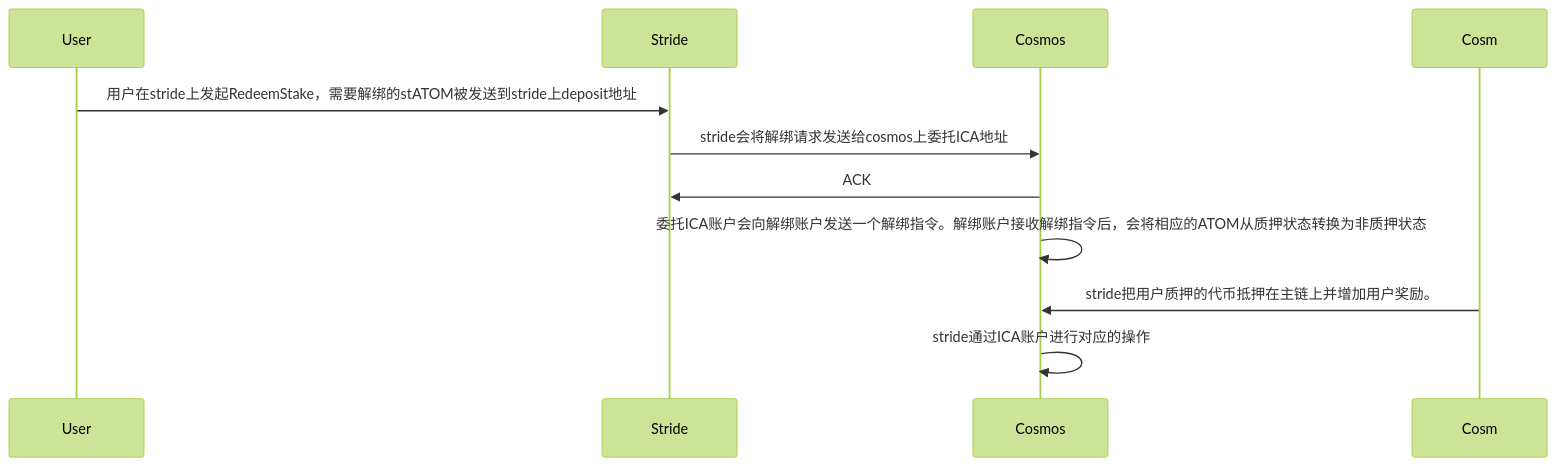
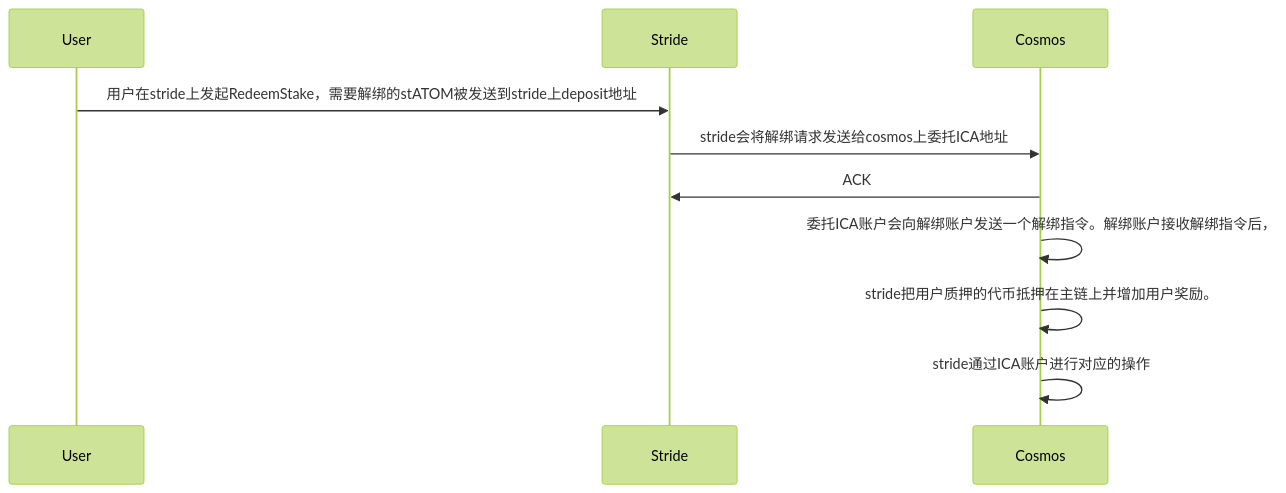
The diagram in all/unbonding.md (yingjianzh/iodraw-files), drawn with Mermaid (forest theme) before and after one commit.

Commit message:
2024-03-28 15:16:04 update

````diff
--- a/all/unbonding.md
+++ b/all/unbonding.md
@@ -1,9 +1,9 @@
 ```mermaid
 sequenceDiagram
     User->>Stride: 用户在stride上发起RedeemStake，需要解绑的stATOM被发送到stride上deposit地址
     Stride->>Cosmos: stride会将解绑请求发送给cosmos上委托ICA地址
     Cosmos->>Stride: ACK
-    Cosmos->>Cosmos: 委托ICA账户会向解绑账户发送一个解绑指令。解绑账户接收解绑指令后，会将相应的ATOM从质押状态转换为非质押状态
-    Cosm->>Cosmos: stride把用户质押的代币抵押在主链上并增加用户奖励。
+    Cosmos->>Cosmos: 委托ICA账户会向解绑账户发送一个解绑指令。解绑账户接收解绑指令后，
+    Cosmos->>Cosmos: stride把用户质押的代币抵押在主链上并增加用户奖励。
     Cosmos->>Cosmos: stride通过ICA账户进行对应的操作
 ```
````
